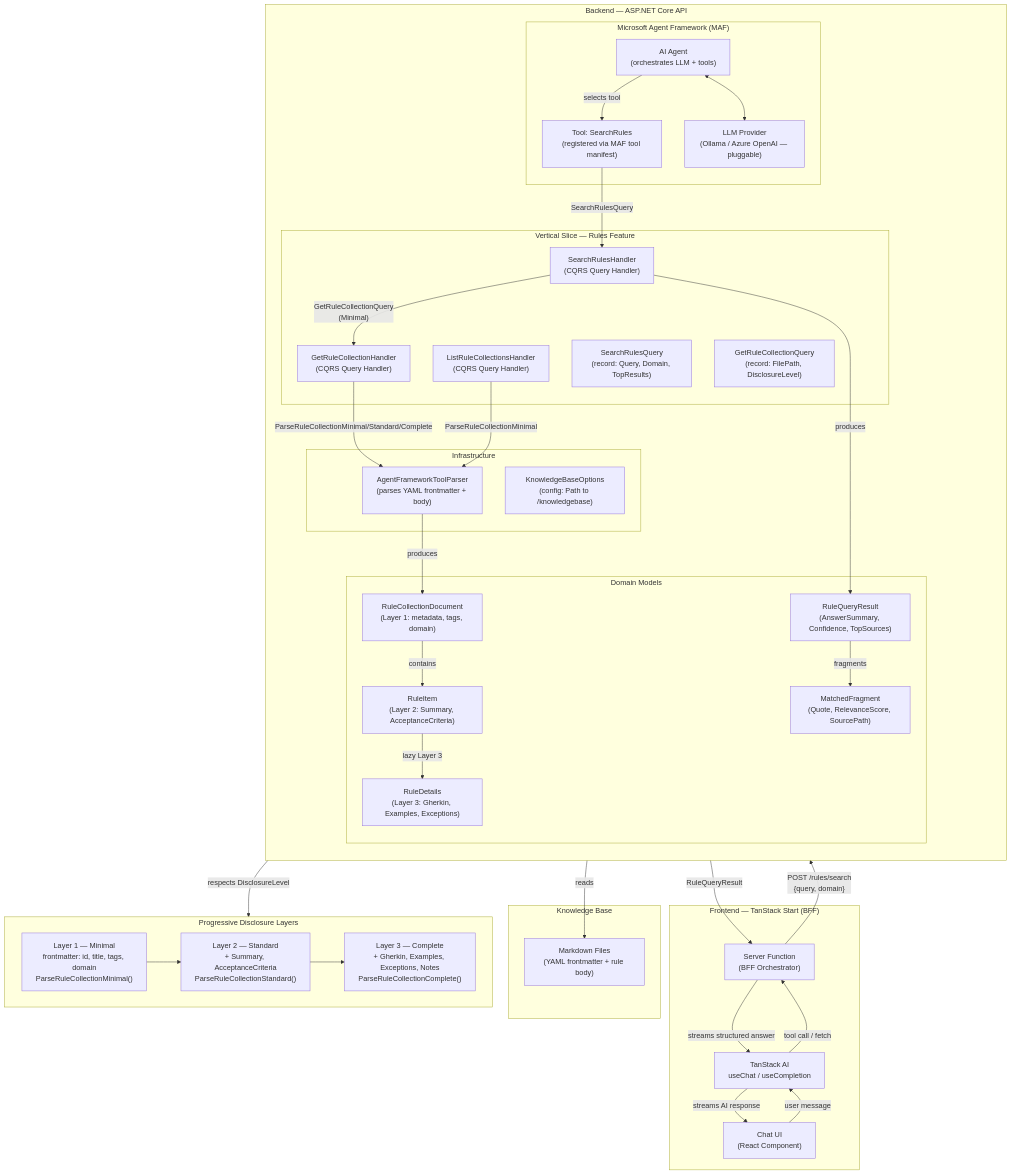
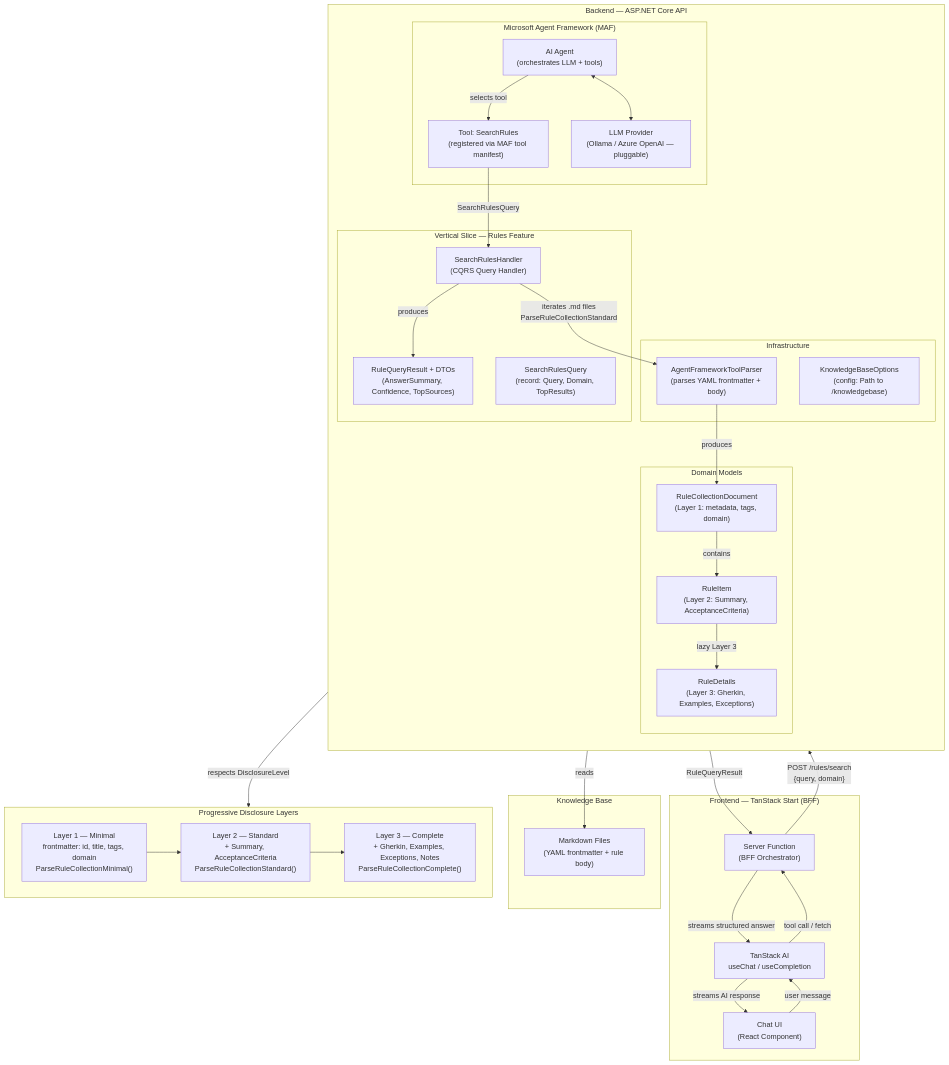
One commit to karljucutan/ThisIsMem changed the diagram in ARCHITECTURE.md. Above: the diagram before and after it, drawn with Mermaid. The commit also changed other lines of this file and 4 other files, not shown here.

Commit message:
move out RuleQueryResult from the domain folder and enhance architecture.md mermaid diagram

````diff
--- a/ARCHITECTURE.md
+++ b/ARCHITECTURE.md
@@ -5,71 +5,64 @@
 ```mermaid
 flowchart TD
     subgraph FE["Frontend — TanStack Start (BFF)"]
         UI["Chat UI\n(React Component)"]
         SF["Server Function\n(BFF Orchestrator)"]
         TAI["TanStack AI\nuseChat / useCompletion"]
         UI -- "user message" --> TAI
         TAI -- "streams AI response" --> UI
         TAI -- "tool call / fetch" --> SF
     end
 
     subgraph BE["Backend — ASP.NET Core API"]
         direction TB
 
         subgraph MAF["Microsoft Agent Framework (MAF)"]
             AGENT["AI Agent\n(orchestrates LLM + tools)"]
             TOOL["Tool: SearchRules\n(registered via MAF tool manifest)"]
             LLM["LLM Provider\n(Ollama / Azure OpenAI — pluggable)"]
             AGENT -- "selects tool" --> TOOL
             AGENT <--> LLM
         end
 
         subgraph SLICE["Vertical Slice — Rules Feature"]
             SRH["SearchRulesHandler\n(CQRS Query Handler)"]
             SRQ["SearchRulesQuery\n(record: Query, Domain, TopResults)"]
-            GRC["GetRuleCollectionHandler\n(CQRS Query Handler)"]
-            GRCQ["GetRuleCollectionQuery\n(record: FilePath, DisclosureLevel)"]
-            LRC["ListRuleCollectionsHandler\n(CQRS Query Handler)"]
+            RQR["RuleQueryResult + DTOs\n(AnswerSummary, Confidence, TopSources)"]
         end
 
         subgraph INFRA["Infrastructure"]
             PARSER["AgentFrameworkToolParser\n(parses YAML frontmatter + body)"]
             KBOPT["KnowledgeBaseOptions\n(config: Path to /knowledgebase)"]
         end
 
         subgraph DOMAIN["Domain Models"]
             RCD["RuleCollectionDocument\n(Layer 1: metadata, tags, domain)"]
             RI["RuleItem\n(Layer 2: Summary, AcceptanceCriteria)"]
             RD["RuleDetails\n(Layer 3: Gherkin, Examples, Exceptions)"]
-            RQR["RuleQueryResult\n(AnswerSummary, Confidence, TopSources)"]
-            MF["MatchedFragment\n(Quote, RelevanceScore, SourcePath)"]
         end
     end
 
     subgraph KB["Knowledge Base"]
         MD["Markdown Files\n(YAML frontmatter + rule body)"]
     end
 
     SF -- "POST /rules/search\n{query, domain}" --> AGENT
     TOOL -- "SearchRulesQuery" --> SRH
-    SRH -- "GetRuleCollectionQuery\n(Minimal)" --> GRC
-    GRC -- "ParseRuleCollectionMinimal/Standard/Complete" --> PARSER
-    LRC -- "ParseRuleCollectionMinimal" --> PARSER
+    SRH -- "iterates .md files\nParseRuleCollectionStandard" --> PARSER
     PARSER -- "reads" --> MD
     PARSER -- "produces" --> RCD
     RCD -- "contains" --> RI
     RI -- "lazy Layer 3" --> RD
     SRH -- "produces" --> RQR
-    RQR -- "fragments" --> MF
 
     subgraph PD["Progressive Disclosure Layers"]
         L1["Layer 1 — Minimal\nfrontmatter: id, title, tags, domain\nParseRuleCollectionMinimal()"]
         L2["Layer 2 — Standard\n+ Summary, AcceptanceCriteria\nParseRuleCollectionStandard()"]
         L3["Layer 3 — Complete\n+ Gherkin, Examples, Exceptions, Notes\nParseRuleCollectionComplete()"]
         L1 --> L2 --> L3
     end
 
     PARSER -- "respects DisclosureLevel" --> PD
     AGENT -- "RuleQueryResult" --> SF
     SF -- "streams structured answer" --> TAI
 ```
````
